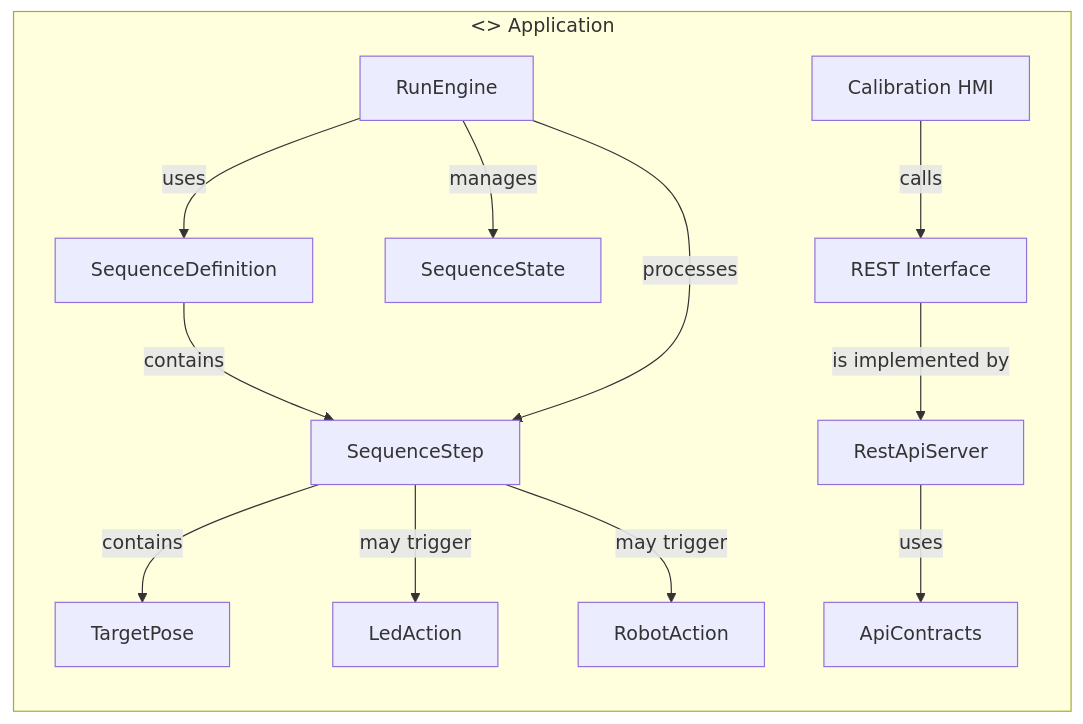
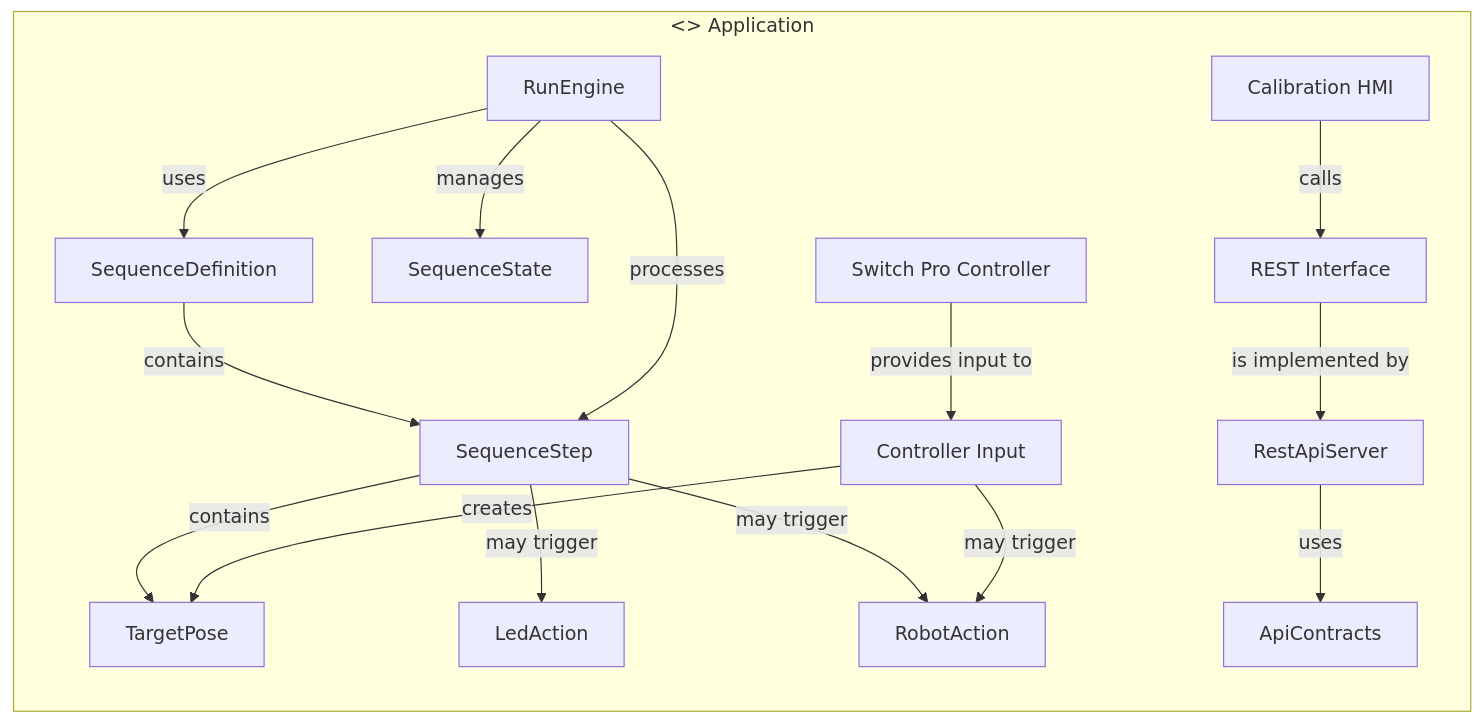
The second of 7 diagrams in doc/projektbeschreibung.md (butz1999/inverse_kinematik), drawn with Mermaid before and after one commit. The commit also changed other lines of this file and 1038 other files, not shown here.

Commit message:
WIP: PoC Switch 2 BLE Controller. Braucht noch eine grössere Überarbeitung!

````diff
--- a/doc/projektbeschreibung.md
+++ b/doc/projektbeschreibung.md
@@ -459,27 +485,32 @@
 ```mermaid
 flowchart LR
     subgraph APP["<<component>> Application"]
         A1[RunEngine]
         A2[SequenceDefinition]
         A3[SequenceStep]
         A4[SequenceState]
         A5[LedAction]
         A6[RobotAction]
         A7[TargetPose]
         A8[REST Interface]
         A9[RestApiServer]
         A10[Calibration HMI]
         A11[ApiContracts]
+        A12[Controller Input]
+        A13[Switch Pro Controller]
 
         A2 -->|contains| A3
         A1 -->|uses| A2
         A1 -->|processes| A3
         A1 -->|manages| A4
         A3 -->|contains| A7
         A3 -->|may trigger| A5
         A3 -->|may trigger| A6
         A10 -->|calls| A8
         A8 -->|is implemented by| A9
         A9 -->|uses| A11
+        A13 -->|provides input to| A12
+        A12 -->|creates| A7
+        A12 -->|may trigger| A6
     end
 ```
````
